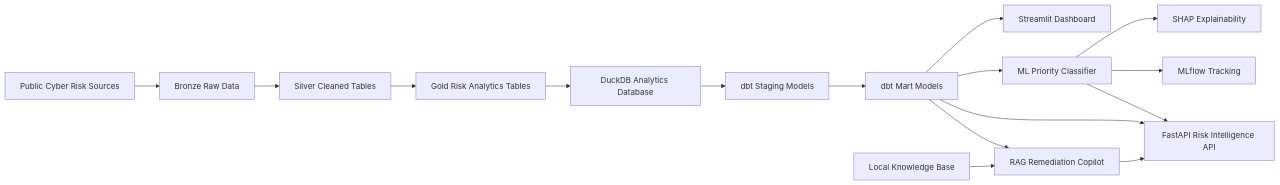
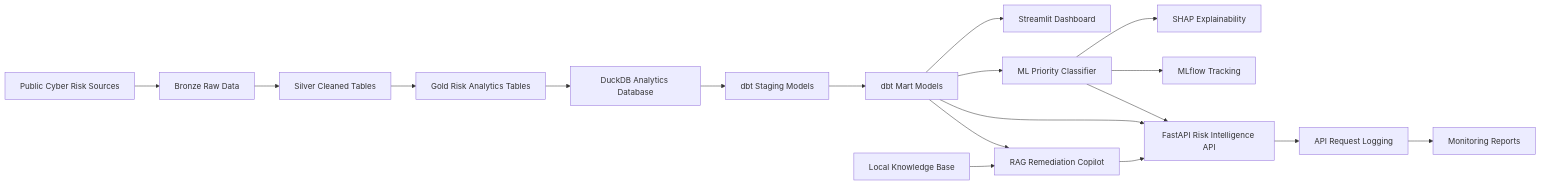
The diagram in README.md (momo840505/cyber-risk-intelligence-lakehouse), drawn with Mermaid before and after one commit. The commit also changed other lines of this file, not shown here.

Commit message:
Update README with API monitoring details

````diff
--- a/README.md
+++ b/README.md
@@ -51,18 +55,20 @@
 ```mermaid
 flowchart LR
     A[Public Cyber Risk Sources] --> B[Bronze Raw Data]
     B --> C[Silver Cleaned Tables]
     C --> D[Gold Risk Analytics Tables]
     D --> E[DuckDB Analytics Database]
     E --> F[dbt Staging Models]
     F --> G[dbt Mart Models]
     G --> H[Streamlit Dashboard]
     G --> I[ML Priority Classifier]
     I --> J[SHAP Explainability]
     I --> K[MLflow Tracking]
     G --> L[FastAPI Risk Intelligence API]
     I --> L
     G --> M[RAG Remediation Copilot]
     M --> L
     N[Local Knowledge Base] --> M
+    L --> O[API Request Logging]
+    O --> P[Monitoring Reports]
 ```
````
